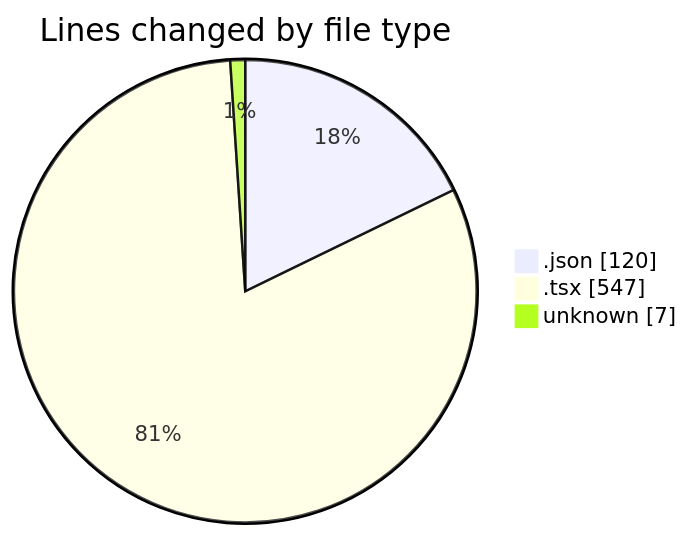
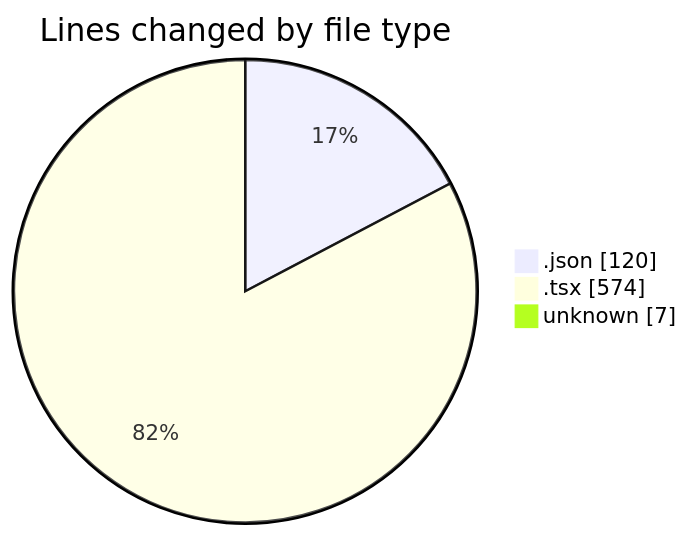
One commit to 3Nya3/code-tracking changed the first of 2 diagrams in 2024-12-31/nyah/README.md. Above: the diagram before and after it, drawn with Mermaid. The commit also changed other lines of this file and 1 other file, not shown here.

````diff
--- a/2024-12-31/nyah/README.md
+++ b/2024-12-31/nyah/README.md
@@ -22,7 +22,7 @@
 ```mermaid
 pie showData
 title Lines changed by file type
 ".json" : 120
-".tsx" : 547
+".tsx" : 574
 "unknown" : 7
 ```
````
